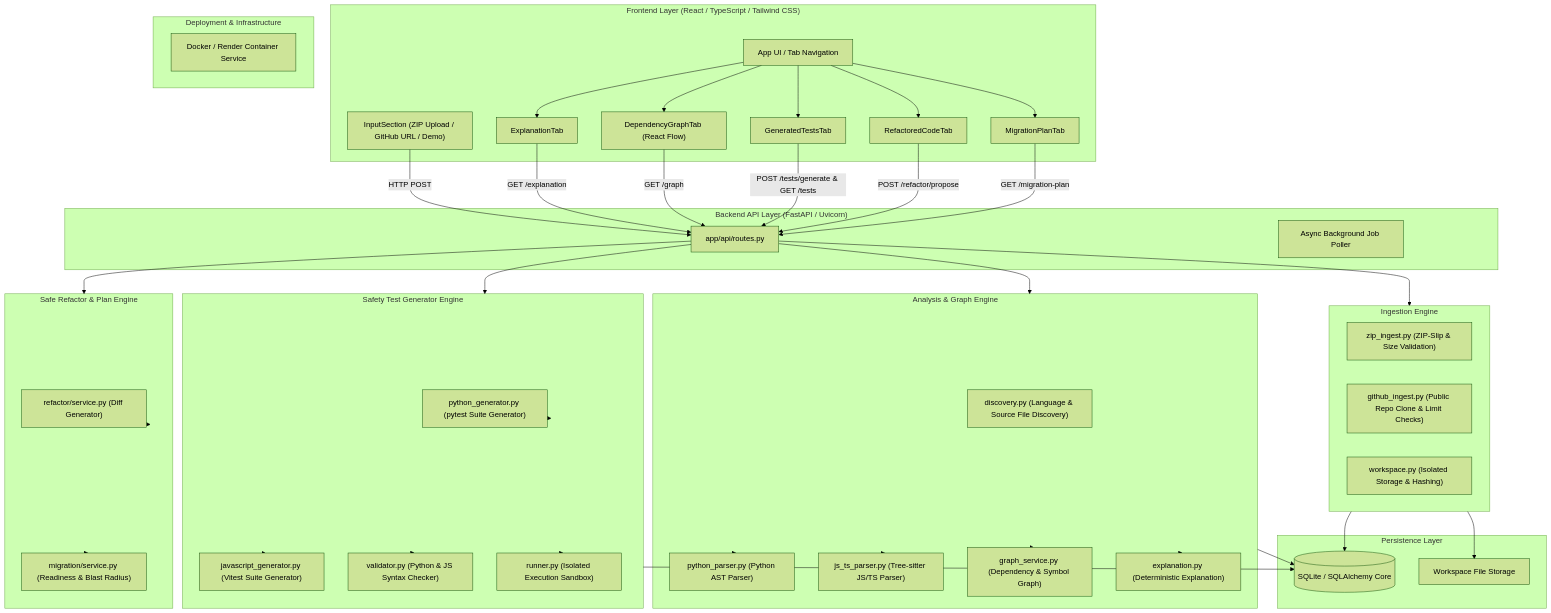
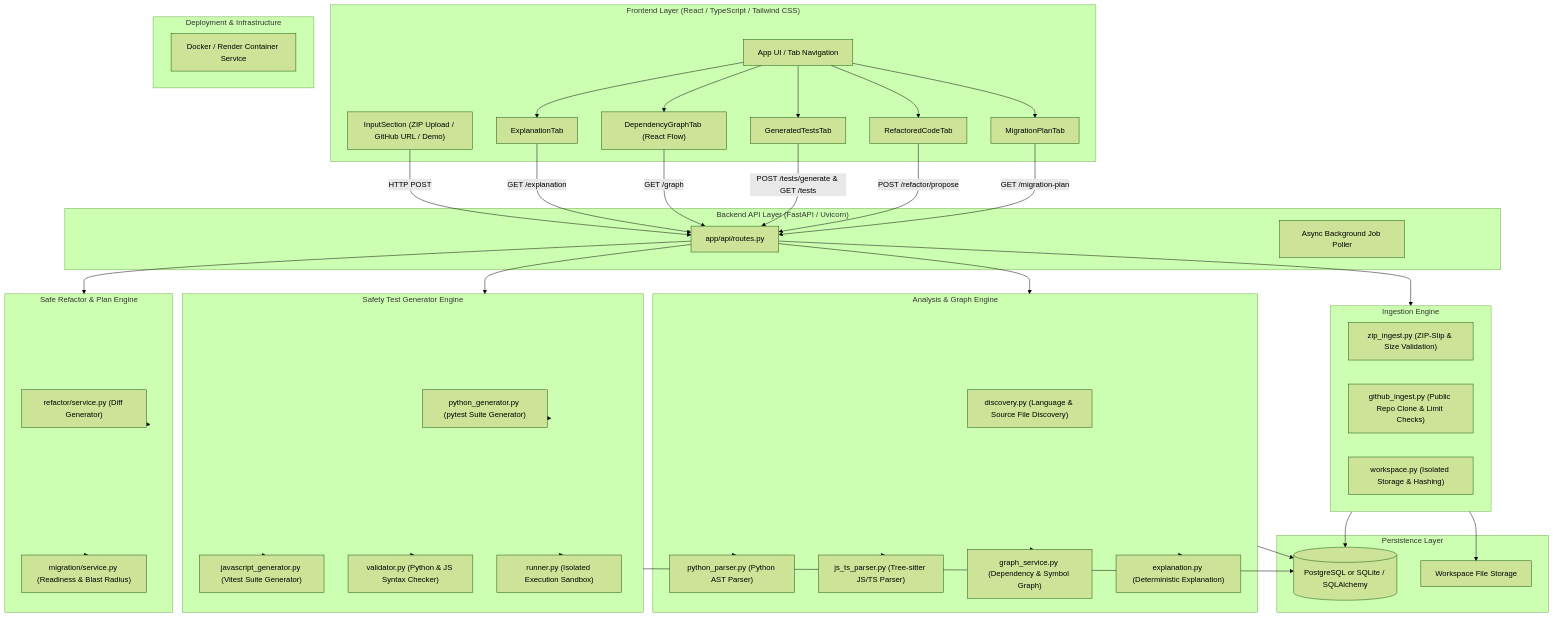
The first of 10 diagrams in docs/PROJECT_WORKFLOWS_AND_RUBRIC.md (KansagaraManav2006/codeoracle), drawn with Mermaid (forest theme) before and after one commit. The commit also changed other lines of this file and 38 other files, not shown here.

```diff
--- a/docs/PROJECT_WORKFLOWS_AND_RUBRIC.md
+++ b/docs/PROJECT_WORKFLOWS_AND_RUBRIC.md
@@ -80,7 +80,7 @@
     end
 
     subgraph Storage["Persistence Layer"]
-        DB[(SQLite / SQLAlchemy Core)]
+        DB[(PostgreSQL or SQLite / SQLAlchemy)]
         Disk["Workspace File Storage"]
     end
 
```
